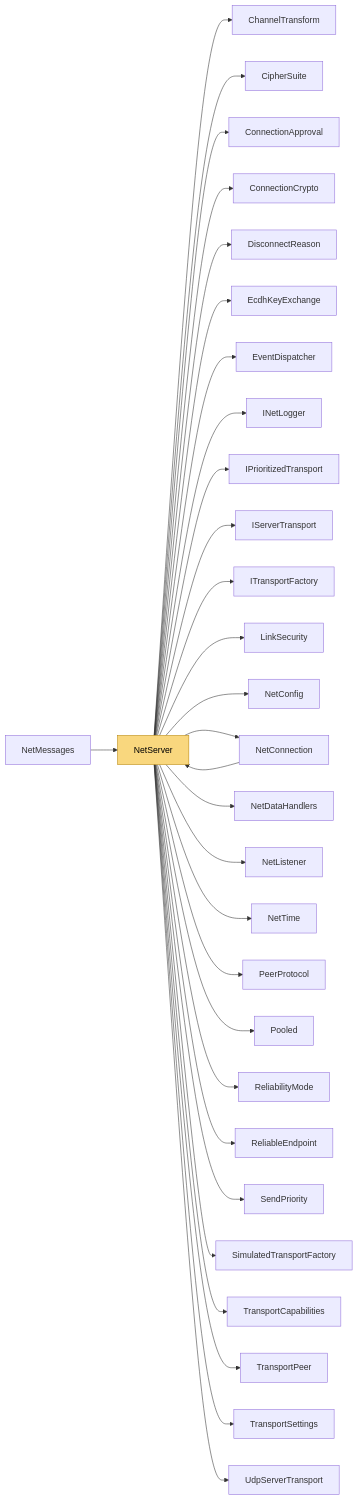
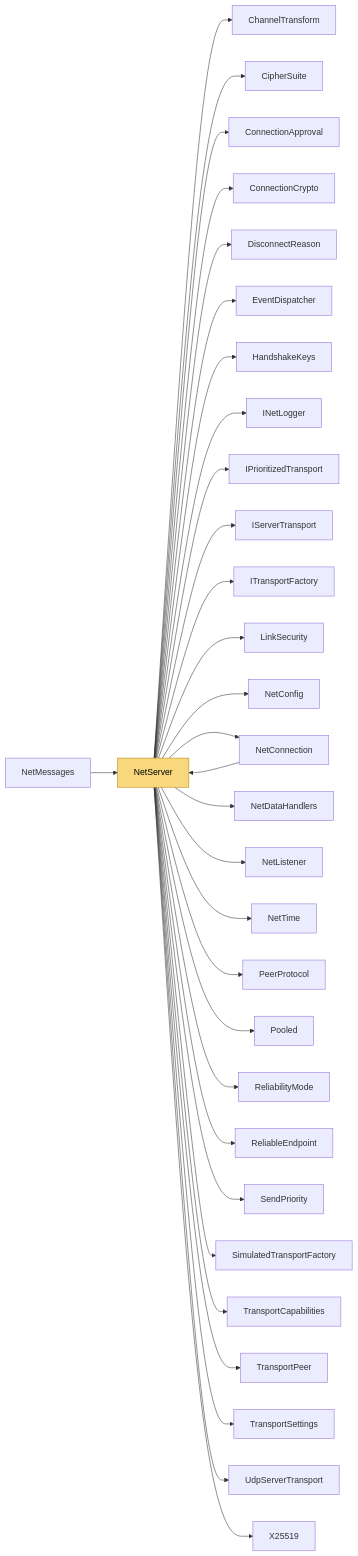
One commit to VladislavKresov/NetSync changed the diagram in docs/Code/Peers/NetServer.md. Above: the diagram before and after it, drawn with Mermaid. The commit also changed other lines of this file and 56 other files, not shown here.

Commit message:
Docs: limitations and roadmap after rc.6 work; regenerated code reference

````diff
--- a/docs/Code/Peers/NetServer.md
+++ b/docs/Code/Peers/NetServer.md
@@ -73,34 +73,35 @@
 ```mermaid
 flowchart LR
   m_NetServer["NetServer"]:::self
   m_NetServer --> m_ChannelTransform["ChannelTransform"]
   m_NetServer --> m_CipherSuite["CipherSuite"]
   m_NetServer --> m_ConnectionApproval["ConnectionApproval"]
   m_NetServer --> m_ConnectionCrypto["ConnectionCrypto"]
   m_NetServer --> m_DisconnectReason["DisconnectReason"]
-  m_NetServer --> m_EcdhKeyExchange["EcdhKeyExchange"]
   m_NetServer --> m_EventDispatcher["EventDispatcher"]
+  m_NetServer --> m_HandshakeKeys["HandshakeKeys"]
   m_NetServer --> m_INetLogger["INetLogger"]
   m_NetServer --> m_IPrioritizedTransport["IPrioritizedTransport"]
   m_NetServer --> m_IServerTransport["IServerTransport"]
   m_NetServer --> m_ITransportFactory["ITransportFactory"]
   m_NetServer --> m_LinkSecurity["LinkSecurity"]
   m_NetServer --> m_NetConfig["NetConfig"]
   m_NetServer --> m_NetConnection["NetConnection"]
   m_NetServer --> m_NetDataHandlers["NetDataHandlers"]
   m_NetServer --> m_NetListener["NetListener"]
   m_NetServer --> m_NetTime["NetTime"]
   m_NetServer --> m_PeerProtocol["PeerProtocol"]
   m_NetServer --> m_Pooled["Pooled"]
   m_NetServer --> m_ReliabilityMode["ReliabilityMode"]
   m_NetServer --> m_ReliableEndpoint["ReliableEndpoint"]
   m_NetServer --> m_SendPriority["SendPriority"]
   m_NetServer --> m_SimulatedTransportFactory["SimulatedTransportFactory"]
   m_NetServer --> m_TransportCapabilities["TransportCapabilities"]
   m_NetServer --> m_TransportPeer["TransportPeer"]
   m_NetServer --> m_TransportSettings["TransportSettings"]
   m_NetServer --> m_UdpServerTransport["UdpServerTransport"]
+  m_NetServer --> m_X25519["X25519"]
   m_NetConnection --> m_NetServer
   m_NetMessages["NetMessages"] --> m_NetServer
   classDef self fill:#f9d77e,stroke:#b8860b,color:#000
 ```
````
